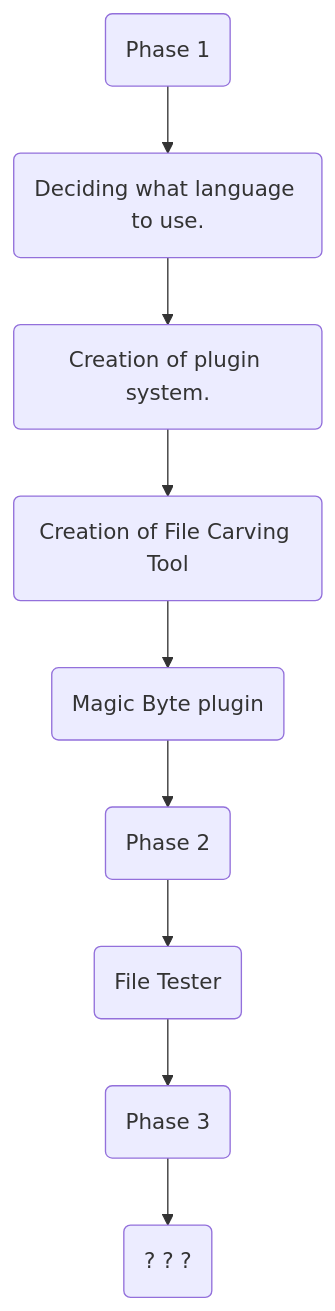
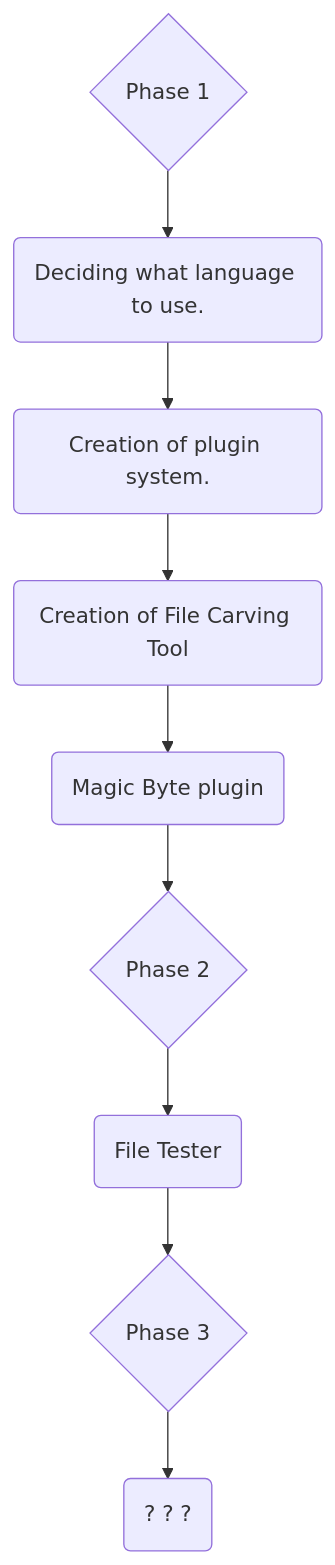
One commit to 0xIkari/Bine-Current changed the diagram in README.md. Above: the diagram before and after it, drawn with Mermaid.

````diff
--- a/README.md
+++ b/README.md
@@ -2,15 +2,15 @@
 ```mermaid
 graph TD
-0(Phase 1)
+0{Phase 1}
 1(Deciding what language to use.)
 2(Creation of plugin system.)
 3(Creation of File Carving Tool)
 4("Magic Byte" plugin)
-5(Phase 2)
+5{Phase 2}
 6(File Tester)
-7(Phase 3)
+7{Phase 3}
 8(? ? ?)
 
 %%Relationships
 0 --> 1 --> 2 --> 3 --> 4 --> 5 --> 6 --> 7 --> 8
 ```
````
